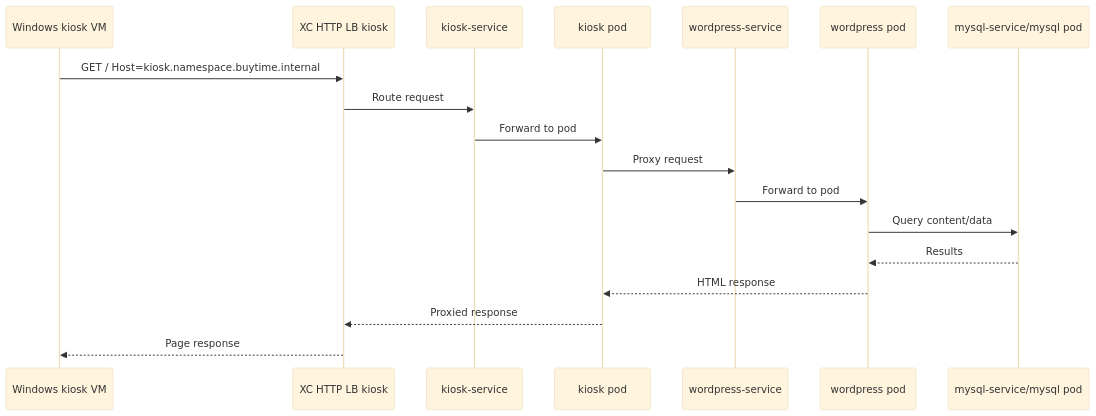
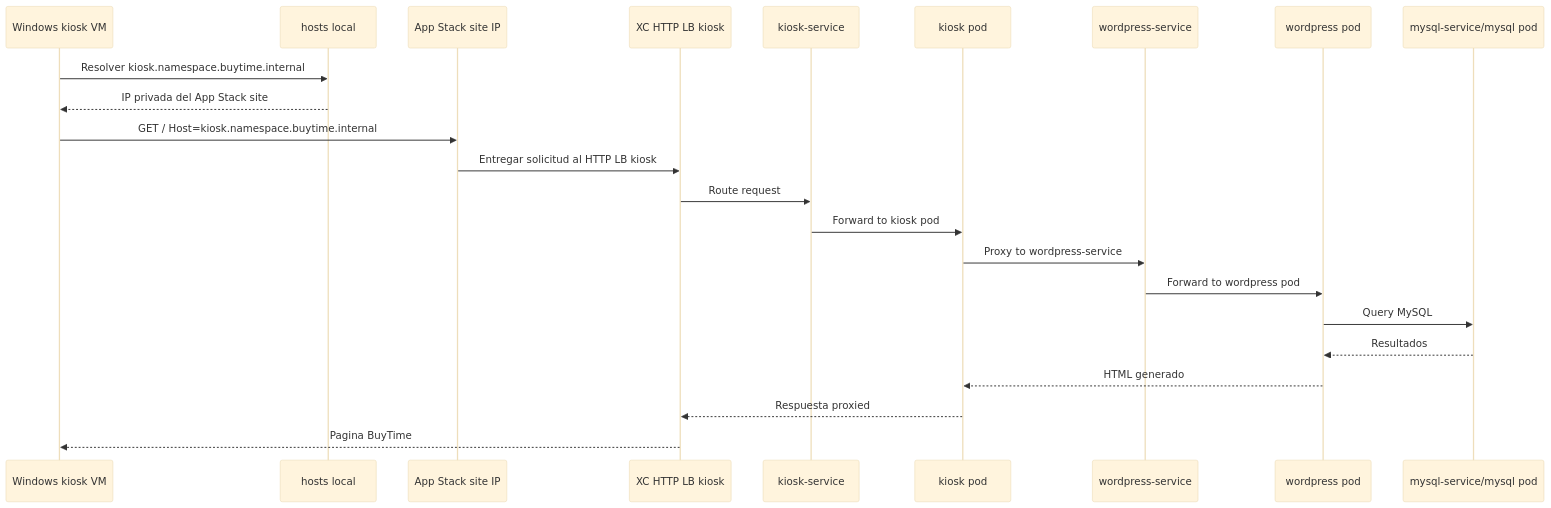
The tenth of 14 diagrams in descripcion.md (ocpdata/xcawsedgedemoguide), drawn with Mermaid (base theme) before and after one commit. The commit also changed other lines of this file, not shown here.

Commit message:
Refine deploy architecture topology

````diff
--- a/descripcion.md
+++ b/descripcion.md
@@ -273,21 +363,26 @@
 ```mermaid
 sequenceDiagram
     participant VM as Windows kiosk VM
+    participant Hosts as hosts local
+    participant Site as App Stack site IP
     participant LB as XC HTTP LB kiosk
     participant KS as kiosk-service
     participant KP as kiosk pod
     participant WS as wordpress-service
     participant WP as wordpress pod
     participant DB as mysql-service/mysql pod
 
-    VM->>LB: GET / Host=kiosk.namespace.buytime.internal
+    VM->>Hosts: Resolver kiosk.namespace.buytime.internal
+    Hosts-->>VM: IP privada del App Stack site
+    VM->>Site: GET / Host=kiosk.namespace.buytime.internal
+    Site->>LB: Entregar solicitud al HTTP LB kiosk
     LB->>KS: Route request
-    KS->>KP: Forward to pod
-    KP->>WS: Proxy request
-    WS->>WP: Forward to pod
-    WP->>DB: Query content/data
-    DB-->>WP: Results
-    WP-->>KP: HTML response
-    KP-->>LB: Proxied response
-    LB-->>VM: Page response
+    KS->>KP: Forward to kiosk pod
+    KP->>WS: Proxy to wordpress-service
+    WS->>WP: Forward to wordpress pod
+    WP->>DB: Query MySQL
+    DB-->>WP: Resultados
+    WP-->>KP: HTML generado
+    KP-->>LB: Respuesta proxied
+    LB-->>VM: Pagina BuyTime
 ```
````
